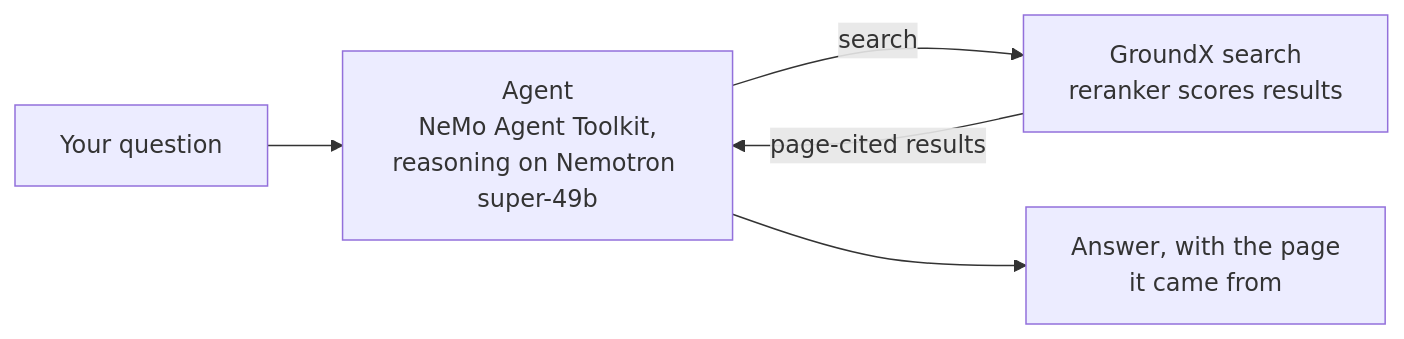
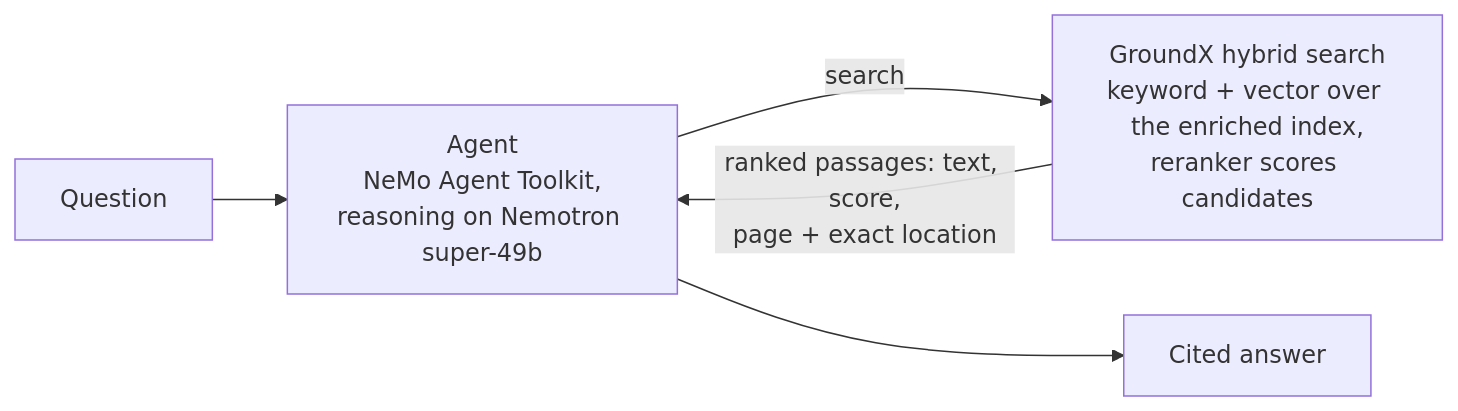
Before and after one commit to EyeLevel-ai/groundx-nvidia-quickstart: the second of 2 diagrams in README.md, drawn with Mermaid. The commit also changed other lines of this file and 3 other files, not shown here.

Commit message:
Ground the technical narrative in the platform docs: full engine payloads (prompts, text, images), full enrichment outputs, hybrid search described; lighter intro; harness integrated

````diff
--- a/README.md
+++ b/README.md
@@ -23,6 +108,6 @@
 ```mermaid
 flowchart LR
-    U["Your question"] --> A["Agent<br/>NeMo Agent Toolkit,<br/>reasoning on Nemotron super-49b"]
-    A -- "search" --> S["GroundX search<br/>reranker scores results"]
-    S -- "page-cited results" --> A --> R["Answer, with the page<br/>it came from"]
+    Q["Question"] --> A["Agent<br/>NeMo Agent Toolkit,<br/>reasoning on Nemotron super-49b"]
+    A -- "search" --> S["GroundX hybrid search<br/>keyword + vector over the enriched index,<br/>reranker scores candidates"]
+    S -- "ranked passages: text, score,<br/>page + exact location" --> A --> R["Cited answer"]
 ```
````
